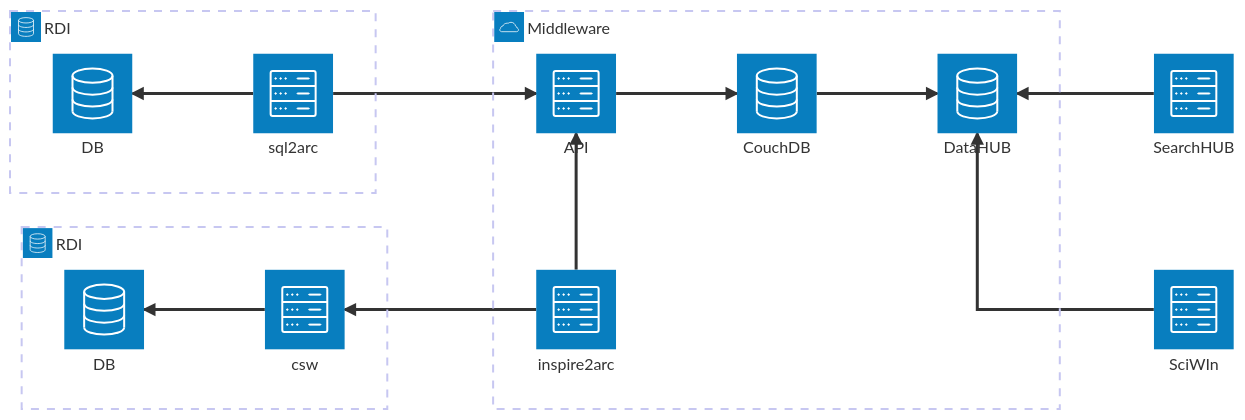
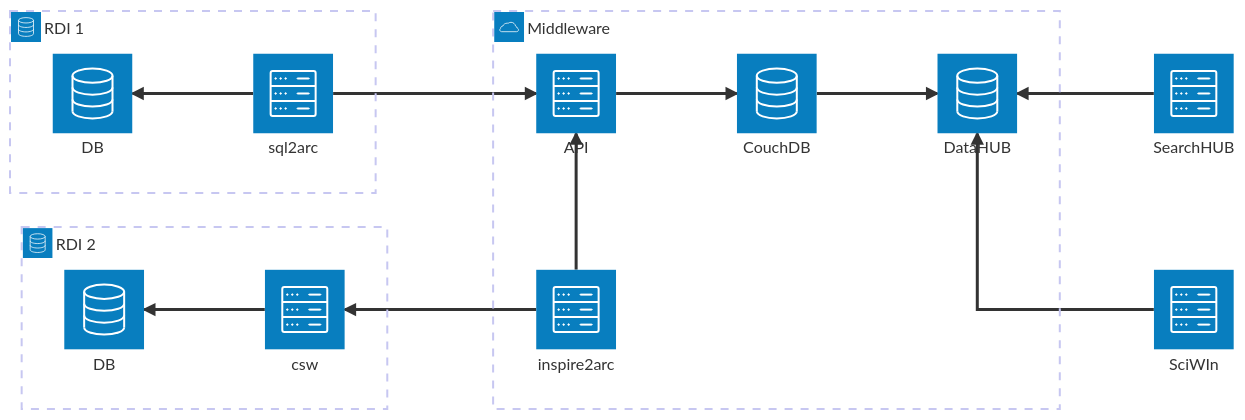
One commit to fairagro/m4.2_advanced_middleware_api changed the diagram in docs/architecture.md. Above: the diagram before and after it, drawn with Mermaid.

````diff
--- a/docs/architecture.md
+++ b/docs/architecture.md
@@ -3,30 +3,30 @@
 ```mermaid
 architecture-beta
 
-    group rdi1(database)[RDI]
+    group rdi1(database)[RDI 1]
     service rdi1db(database)[DB] in rdi1
     service sql2arc(server)[sql2arc] in rdi1
 
-    group rdi2(database)[RDI]
+    group rdi2(database)[RDI 2]
     service rdi2db(database)[DB] in rdi2
     service csw(server)[csw] in rdi2
 
     group middleware(cloud)[Middleware]
     service api(server)[API] in middleware
     service db(database)[CouchDB] in middleware
     service git(database)[DataHUB] in middleware
     service inspire2arc(server)[inspire2arc] in middleware
 
     service searchhub(server)[SearchHUB]
     service sciwin(server)[SciWIn]
 
     api:R --> L:db
     db:R --> L:git
     sql2arc:L --> R:rdi1db
     sql2arc:R --> L:api
     csw:L --> R:rdi2db
     inspire2arc:T --> B:api
     inspire2arc:L --> R:csw
     searchhub:L --> R:git
     sciwin:L --> B:git
 ```
````
